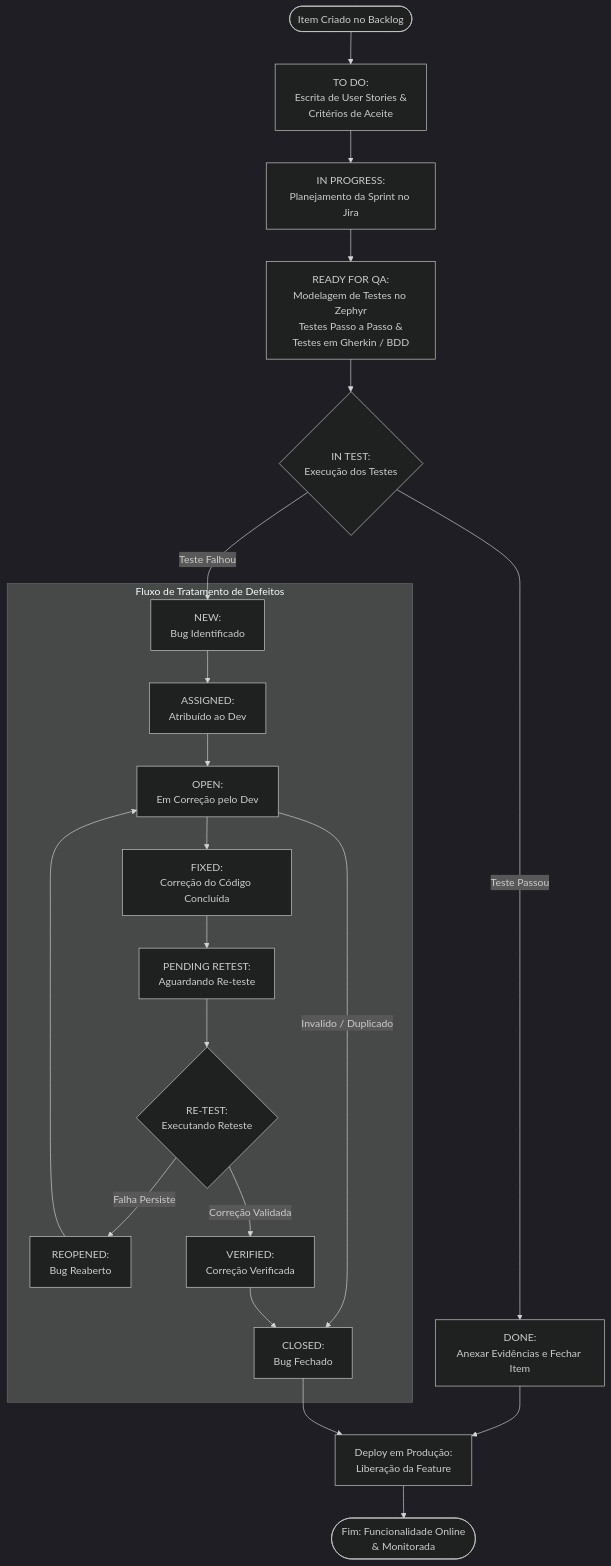
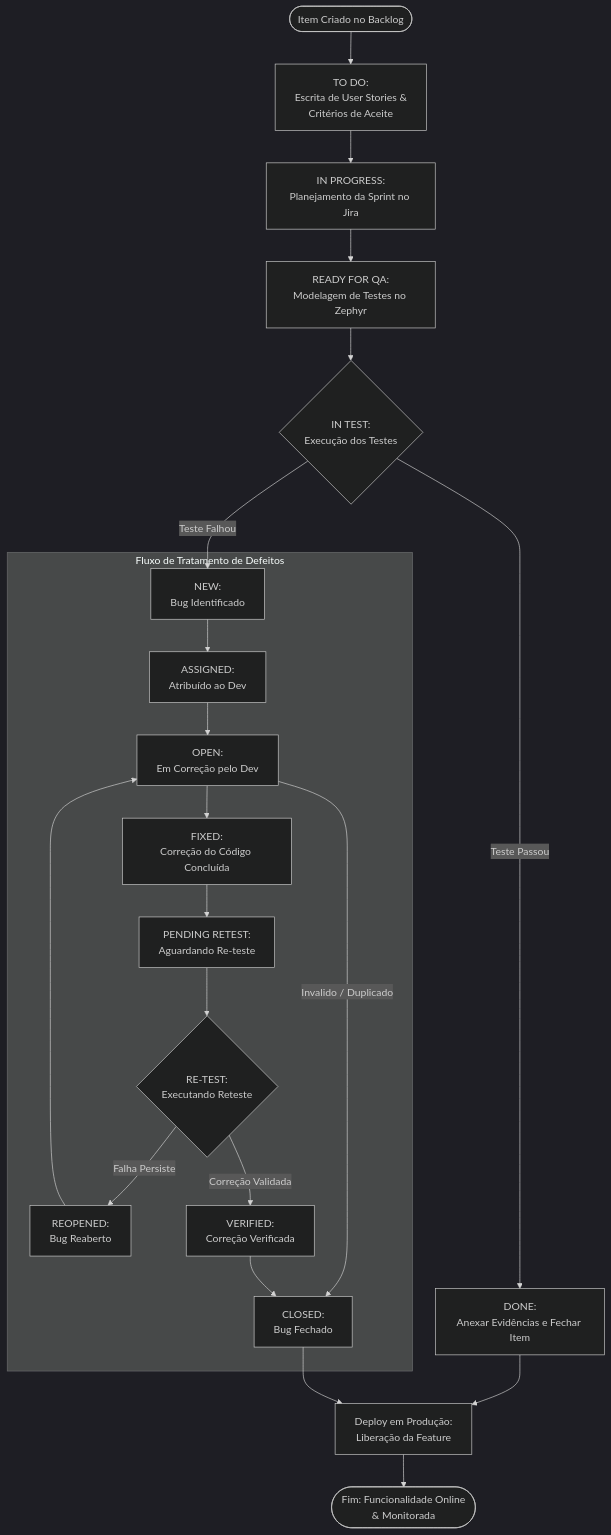
One commit to joaozanca/curso-QA-dio changed the diagram in README.md. Above: the diagram before and after it, drawn with Mermaid (dark theme).

Commit message:
Projeto finalizado1

````diff
--- a/README.md
+++ b/README.md
@@ -48,32 +48,32 @@
 ```mermaid
 graph TD
     Start([Item Criado no Backlog]) --> Passo1[TO DO:<br>Escrita de User Stories &<br>Critérios de Aceite]
     Passo1 --> Passo2[IN PROGRESS:<br>Planejamento da Sprint no Jira]
-    Passo2 --> Passo3[READY FOR QA:<br>Modelagem de Testes no Zephyr<br>Testes Passo a Passo &<br>Testes em Gherkin / BDD]
+    Passo2 --> Passo3[READY FOR QA:<br>Modelagem de Testes no Zephyr<br>]
     
     Passo3 --> Execucao{IN TEST:<br>Execução dos Testes}
 
     Execucao -- Teste Passou --> Evidencia[DONE:<br>Anexar Evidências e Fechar Item]
     Execucao -- Teste Falhou --> NewBug[NEW:<br>Bug Identificado]
 
     subgraph Ciclo_de_Vida_do_Bug [Fluxo de Tratamento de Defeitos]
         NewBug --> Assigned[ASSIGNED:<br>Atribuído ao Dev]
         Assigned --> OpenBug[OPEN:<br>Em Correção pelo Dev]
         
         OpenBug -- Invalido / Duplicado --> ClosedBug[CLOSED:<br>Bug Fechado]
         
         OpenBug --> Fixed[FIXED:<br>Correção do Código Concluída]
         Fixed --> PendingRetest[PENDING RETEST:<br>Aguardando Re-teste]
         PendingRetest --> ReTest{RE-TEST:<br>Executando Reteste}
         
         ReTest -- Falha Persiste --> ReOpened[REOPENED:<br>Bug Reaberto]
         ReOpened --> OpenBug
         
         ReTest -- Correção Validada --> Verified[VERIFIED:<br>Correção Verificada]
         Verified --> ClosedBug
     end
 
     Evidencia --> Deploy[Deploy em Produção:<br>Liberação da Feature]
     ClosedBug --> Deploy
     Deploy --> End([Fim: Funcionalidade Online<br>& Monitorada])
 ```
````
